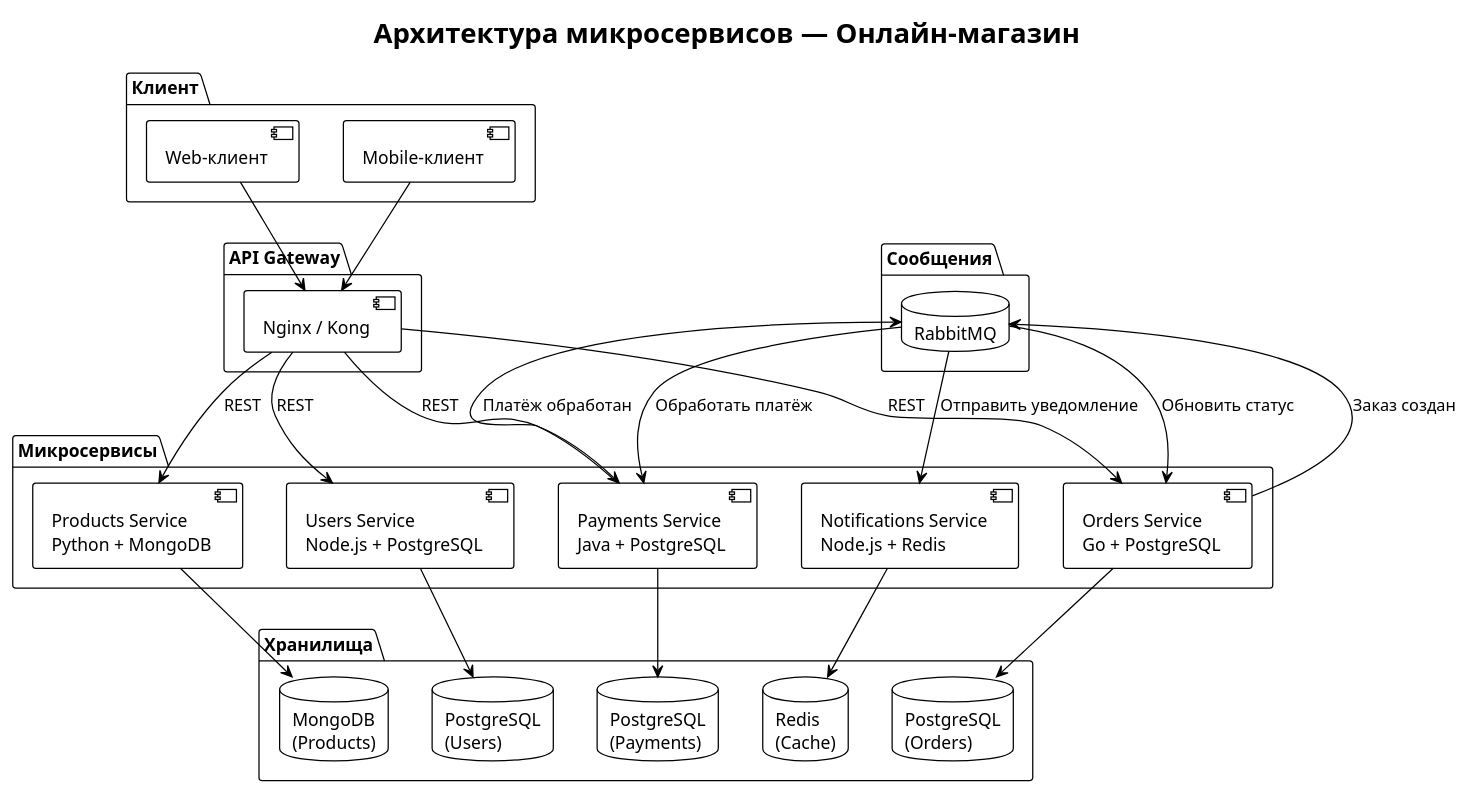
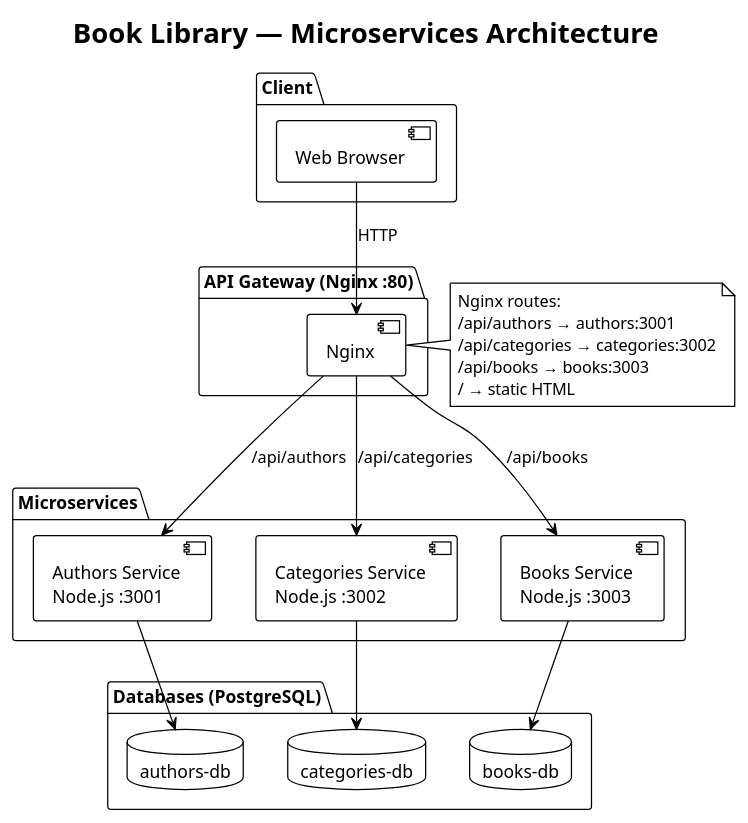
The diagram in docs/architecture.puml (flytrel-hub/book), drawn with PlantUML before and after one commit. The commit also changed 43 other files, not shown here.

Commit message:
Lab 10: Microservices architecture — Book Library split into 3 services

```diff
--- a/docs/architecture.puml
+++ b/docs/architecture.puml
@@ -1,56 +1,44 @@
 @startuml
 
 !theme plain
 
-title Архитектура микросервисов — Онлайн-магазин
+title Book Library — Microservices Architecture
 
-package "Клиент" {
-    [Web-клиент] as Web
-    [Mobile-клиент] as Mobile
+package "Client" {
+    [Web Browser] as Web
 }
 
-package "API Gateway" {
-    [Nginx / Kong] as Gateway
+package "API Gateway (Nginx :80)" {
+    [Nginx] as Gateway
 }
 
-package "Микросервисы" {
-    [Users Service\nNode.js + PostgreSQL] as Users
-    [Products Service\nPython + MongoDB] as Products
-    [Orders Service\nGo + PostgreSQL] as Orders
-    [Payments Service\nJava + PostgreSQL] as Payments
-    [Notifications Service\nNode.js + Redis] as Notifications
+package "Microservices" {
+    [Authors Service\nNode.js :3001] as AuthorsSvc
+    [Categories Service\nNode.js :3002] as CategoriesSvc
+    [Books Service\nNode.js :3003] as BooksSvc
 }
 
-package "Сообщения" {
-    database "RabbitMQ" as MQ
+package "Databases (PostgreSQL)" {
+    database "authors-db" as PgAuthors
+    database "categories-db" as PgCategories
+    database "books-db" as PgBooks
 }
 
-package "Хранилища" {
-    database "PostgreSQL\n(Users)" as PgUsers
-    database "PostgreSQL\n(Orders)" as PgOrders
-    database "PostgreSQL\n(Payments)" as PgPayments
-    database "MongoDB\n(Products)" as Mongo
-    database "Redis\n(Cache)" as Redis
-}
+Web --> Gateway : HTTP
+Gateway --> AuthorsSvc : /api/authors
+Gateway --> CategoriesSvc : /api/categories
+Gateway --> BooksSvc : /api/books
 
-Web --> Gateway
-Mobile --> Gateway
+AuthorsSvc --> PgAuthors
+CategoriesSvc --> PgCategories
+BooksSvc --> PgBooks
 
-Gateway --> Users : REST
-Gateway --> Products : REST
-Gateway --> Orders : REST
-Gateway --> Payments : REST
-
-Users --> PgUsers
-Products --> Mongo
-Orders --> PgOrders
-Payments --> PgPayments
-Notifications --> Redis
-
-Orders --> MQ : "Заказ создан"
-MQ --> Payments : "Обработать платёж"
-MQ --> Notifications : "Отправить уведомление"
-Payments --> MQ : "Платёж обработан"
-MQ --> Orders : "Обновить статус"
+note right of Gateway
+  Nginx routes:
+  /api/authors → authors:3001
+  /api/categories → categories:3002
+  /api/books → books:3003
+  / → static HTML
+end note
 
 @enduml
```
